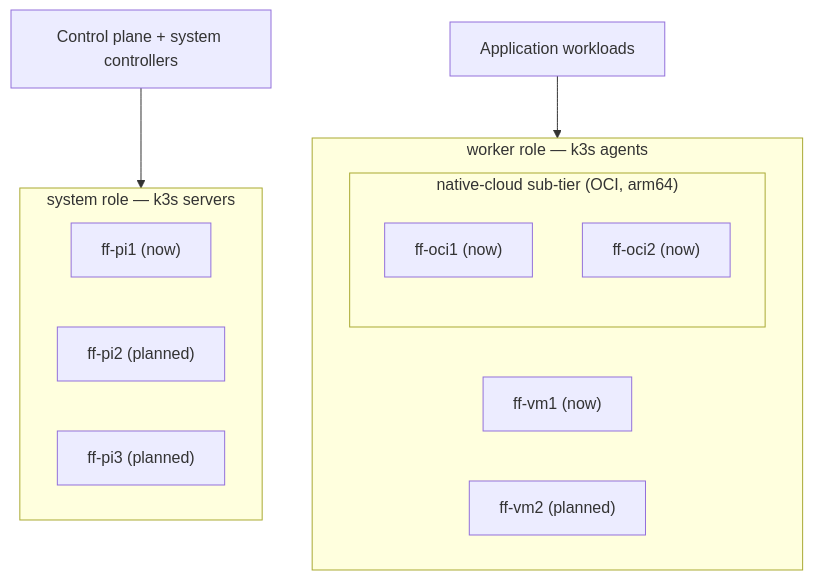
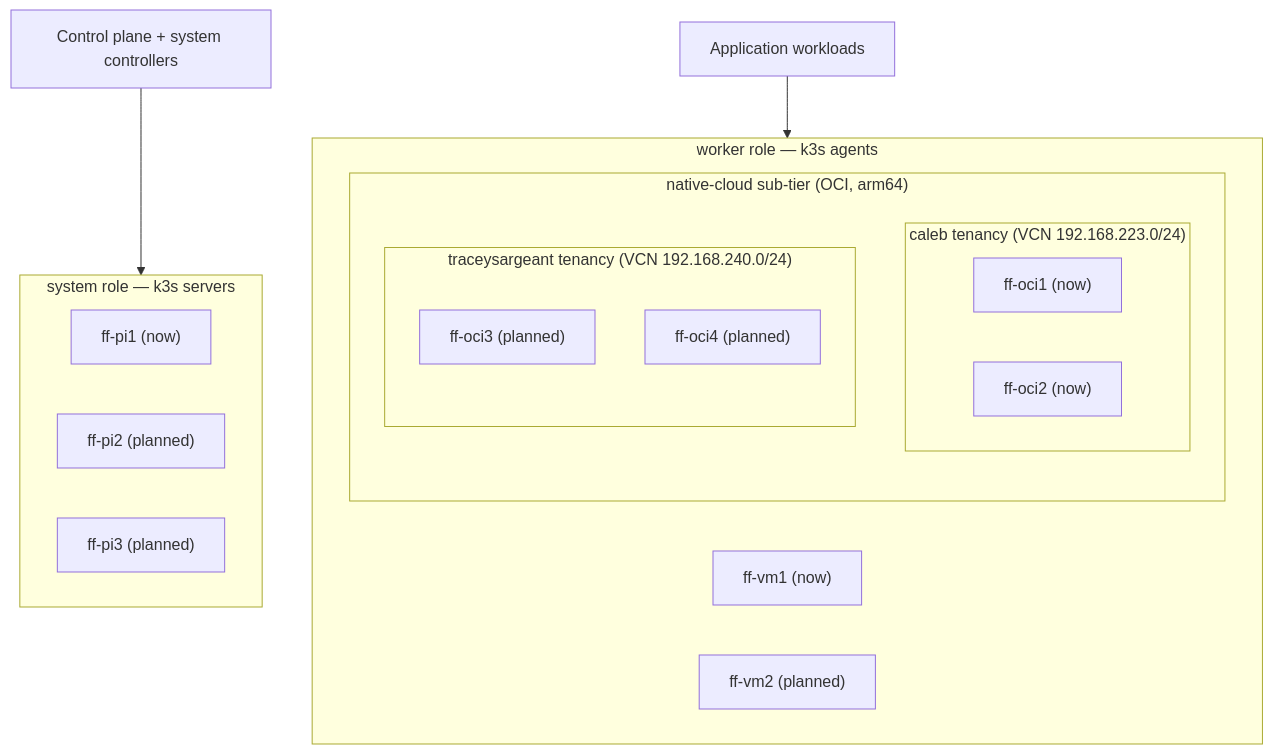
One commit to MagmaMoose/infra changed the diagram in docs/reference/cluster-topology.md. Above: the diagram before and after it, drawn with Mermaid. The commit also changed other lines of this file and 15 other files, not shown here.

````diff
--- a/docs/reference/cluster-topology.md
+++ b/docs/reference/cluster-topology.md
@@ -14,18 +23,24 @@
 ```mermaid
 flowchart TB
   subgraph system["system role — k3s servers"]
     pi1["ff-pi1 (now)"]
     pi2["ff-pi2 (planned)"]
     pi3["ff-pi3 (planned)"]
   end
   subgraph worker["worker role — k3s agents"]
     vm1["ff-vm1 (now)"]
     vm2["ff-vm2 (planned)"]
     subgraph nc["native-cloud sub-tier (OCI, arm64)"]
-      oci1["ff-oci1 (now)"]
-      oci2["ff-oci2 (now)"]
+      subgraph tcaleb["caleb tenancy (VCN 192.168.223.0/24)"]
+        oci1["ff-oci1 (now)"]
+        oci2["ff-oci2 (now)"]
+      end
+      subgraph ttracey["traceysargeant tenancy (VCN 192.168.240.0/24)"]
+        oci3["ff-oci3 (planned)"]
+        oci4["ff-oci4 (planned)"]
+      end
     end
   end
   cp["Control plane + system controllers"] --> system
   apps["Application workloads"] --> worker
 ```
````
